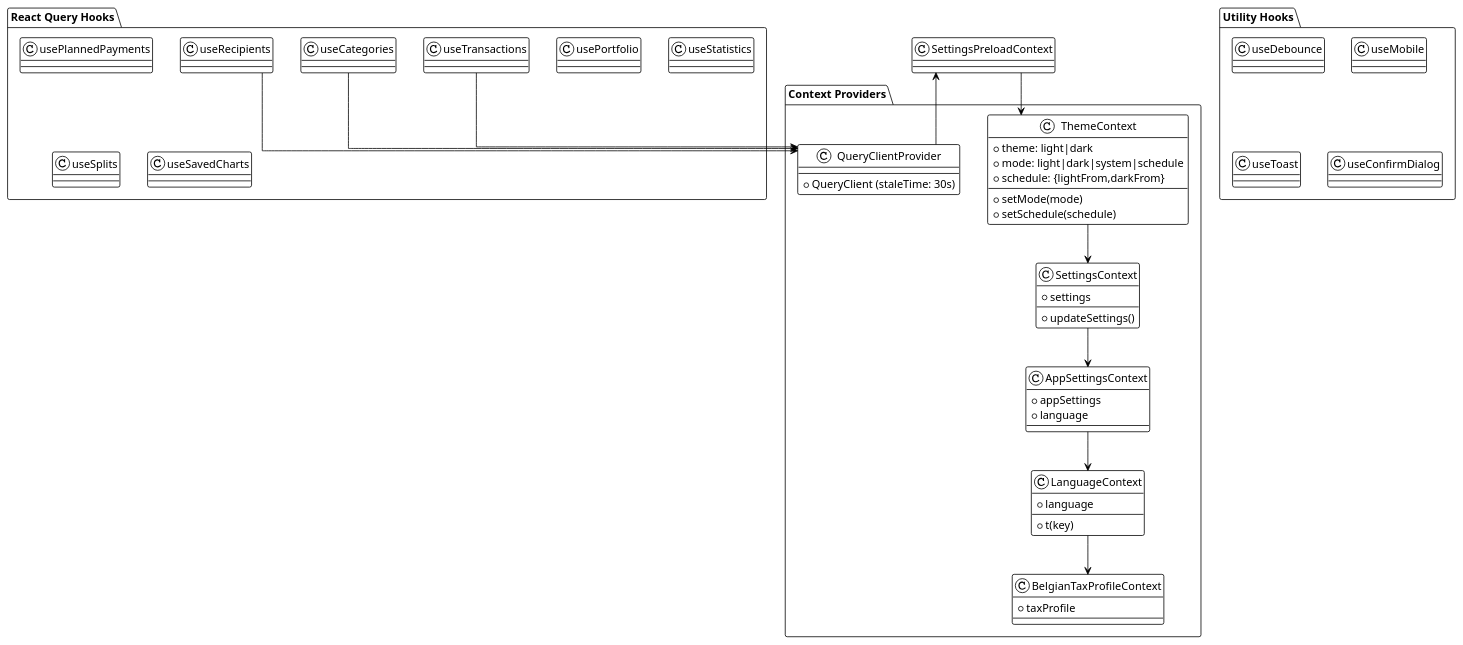
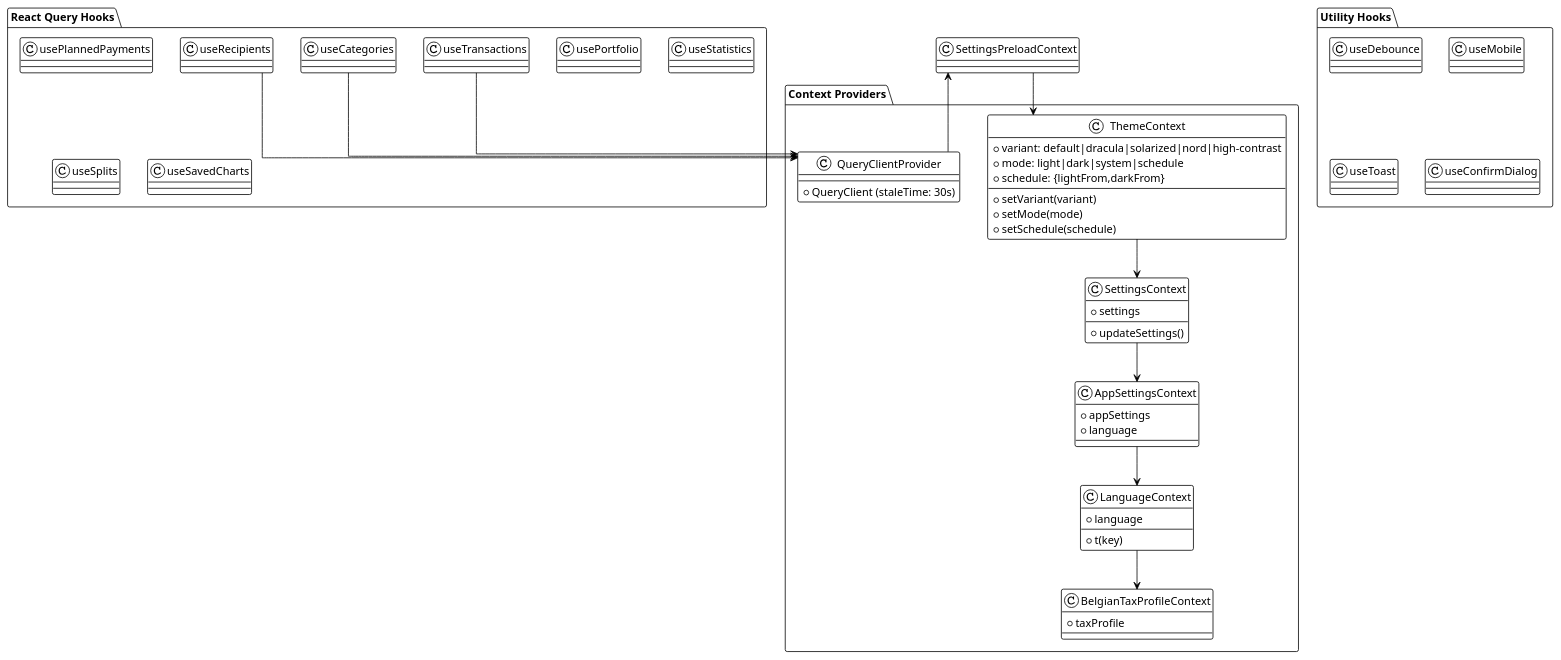
One commit to EraPartner/Vision changed the second of 8 diagrams in docs/architecture/frontend-architecture.md. Above: the diagram before and after it, drawn with PlantUML. The commit also changed other lines of this file and 80 other files, not shown here.

````diff
--- a/docs/architecture/frontend-architecture.md
+++ b/docs/architecture/frontend-architecture.md
@@ -110,71 +110,72 @@
 ```plantuml
 @startuml
 !theme plain
 skinparam linetype ortho
 skinparam nodesep 35
 skinparam ranksep 50
 
 package "Context Providers" {
   class QueryClientProvider {
     +QueryClient (staleTime: 30s)
   }
   
   class ThemeContext {
-    +theme: light|dark
+    +variant: default|dracula|solarized|nord|high-contrast
     +mode: light|dark|system|schedule
     +schedule: {lightFrom,darkFrom}
+    +setVariant(variant)
     +setMode(mode)
     +setSchedule(schedule)
   }
   
   class SettingsContext {
     +settings
     +updateSettings()
   }
   
   class AppSettingsContext {
     +appSettings
     +language
   }
   
   class LanguageContext {
     +language
     +t(key)
   }
   
   class BelgianTaxProfileContext {
     +taxProfile
   }
 }
 
 package "React Query Hooks" {
   class useTransactions
   class useCategories
   class useRecipients
   class usePlannedPayments
   class usePortfolio
   class useStatistics
   class useSplits
   class useSavedCharts
 }
 
 package "Utility Hooks" {
   class useDebounce
   class useMobile
   class useToast
   class useConfirmDialog
 }
 
 QueryClientProvider --> SettingsPreloadContext
 SettingsPreloadContext --> ThemeContext
 ThemeContext --> SettingsContext
 SettingsContext --> AppSettingsContext
 AppSettingsContext --> LanguageContext
 LanguageContext --> BelgianTaxProfileContext
 
 useTransactions --> QueryClientProvider
 useCategories --> QueryClientProvider
 useRecipients --> QueryClientProvider
 
 @enduml
 ```
````
